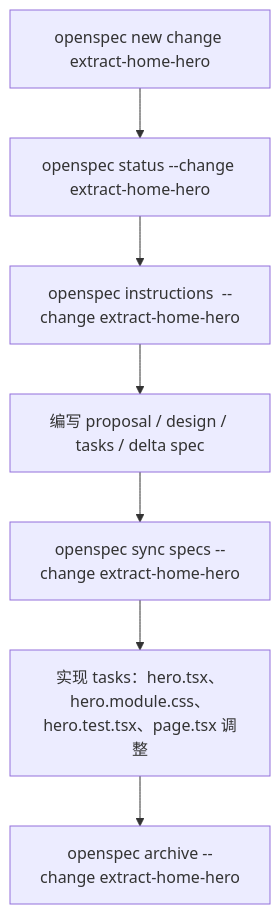
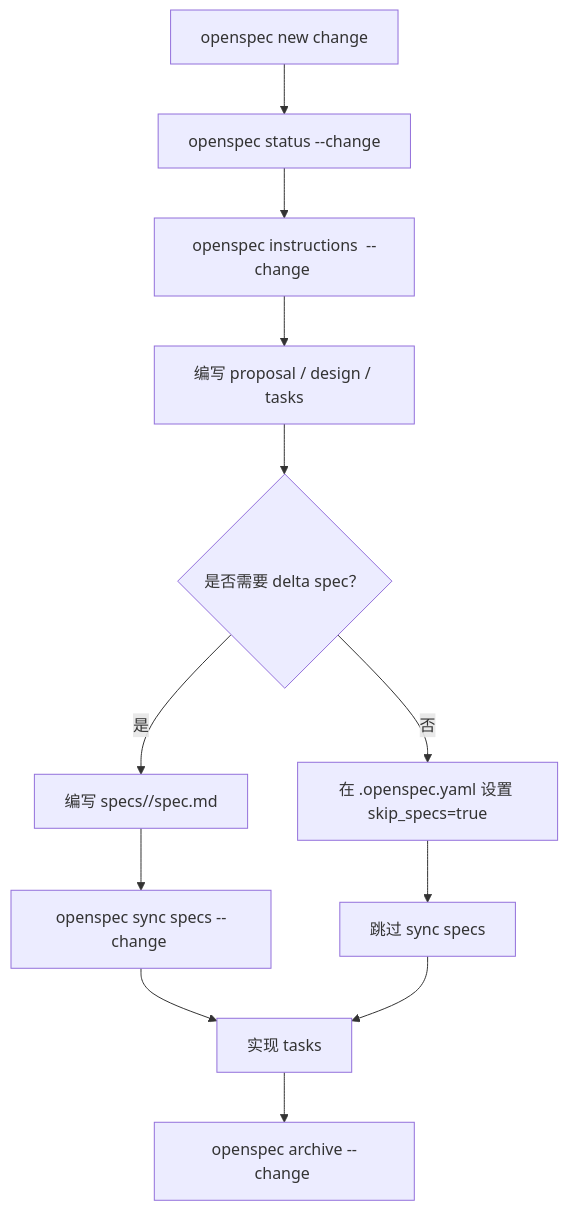
The sixth of 10 diagrams in .qoder/repowiki/zh/content/规格驱动开发/OpenSpec 工具使用.md (luyitiger6/my-first-project), drawn with Mermaid before and after one commit. The commit also changed other lines of this file and 33 other files, not shown here.

````diff
--- a/.qoder/repowiki/zh/content/规格驱动开发/OpenSpec 工具使用.md
+++ b/.qoder/repowiki/zh/content/规格驱动开发/OpenSpec 工具使用.md
@@ -231,9 +284,14 @@
 ```mermaid
 flowchart TD
-A["openspec new change extract-home-hero"] --> B["openspec status --change extract-home-hero"]
-B --> C["openspec instructions <artifact-id> --change extract-home-hero"]
-C --> D["编写 proposal / design / tasks / delta spec"]
-D --> E["openspec sync specs --change extract-home-hero"]
-E --> F["实现 tasks：hero.tsx、hero.module.css、hero.test.tsx、page.tsx 调整"]
-F --> G["openspec archive --change extract-home-hero"]
+A["openspec new change <name>"] --> B["openspec status --change <name>"]
+B --> C["openspec instructions <artifact-id> --change <name>"]
+C --> D["编写 proposal / design / tasks"]
+D --> E{"是否需要 delta spec？"}
+E --> |是| F["编写 specs/<capability>/spec.md"]
+E --> |否| G["在 .openspec.yaml 设置 skip_specs=true"]
+F --> H["openspec sync specs --change <name>"]
+G --> I["跳过 sync specs"]
+H --> J["实现 tasks"]
+I --> J
+J --> K["openspec archive --change <name>"]
 ```
````
